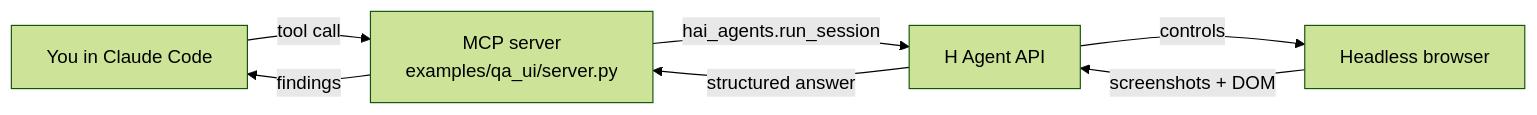
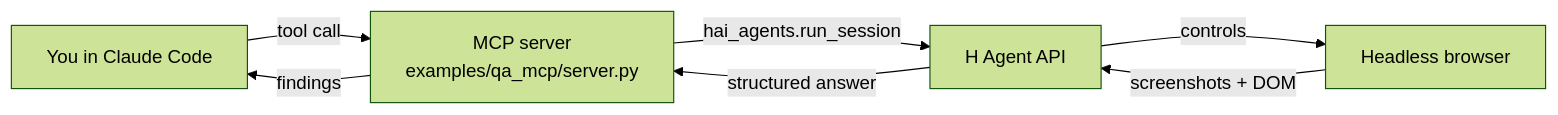
The diagram in README.md (exemplary-citizen/computer-use-hackathon), drawn with Mermaid (forest theme) before and after one commit. The commit also changed other lines of this file and 11 other files, not shown here.

````diff
--- a/README.md
+++ b/README.md
@@ -46,9 +46,9 @@
 ```mermaid
 flowchart LR
-  user[You in Claude Code] -->|tool call| mcp[MCP server\nexamples/qa_ui/server.py]
+  user[You in Claude Code] -->|tool call| mcp[MCP server\nexamples/qa_mcp/server.py]
   mcp -->|hai_agents.run_session| api[H Agent API]
   api -->|controls| browser[Headless browser]
   browser -->|screenshots + DOM| api
   api -->|structured answer| mcp
   mcp -->|findings| user
 ```
````
